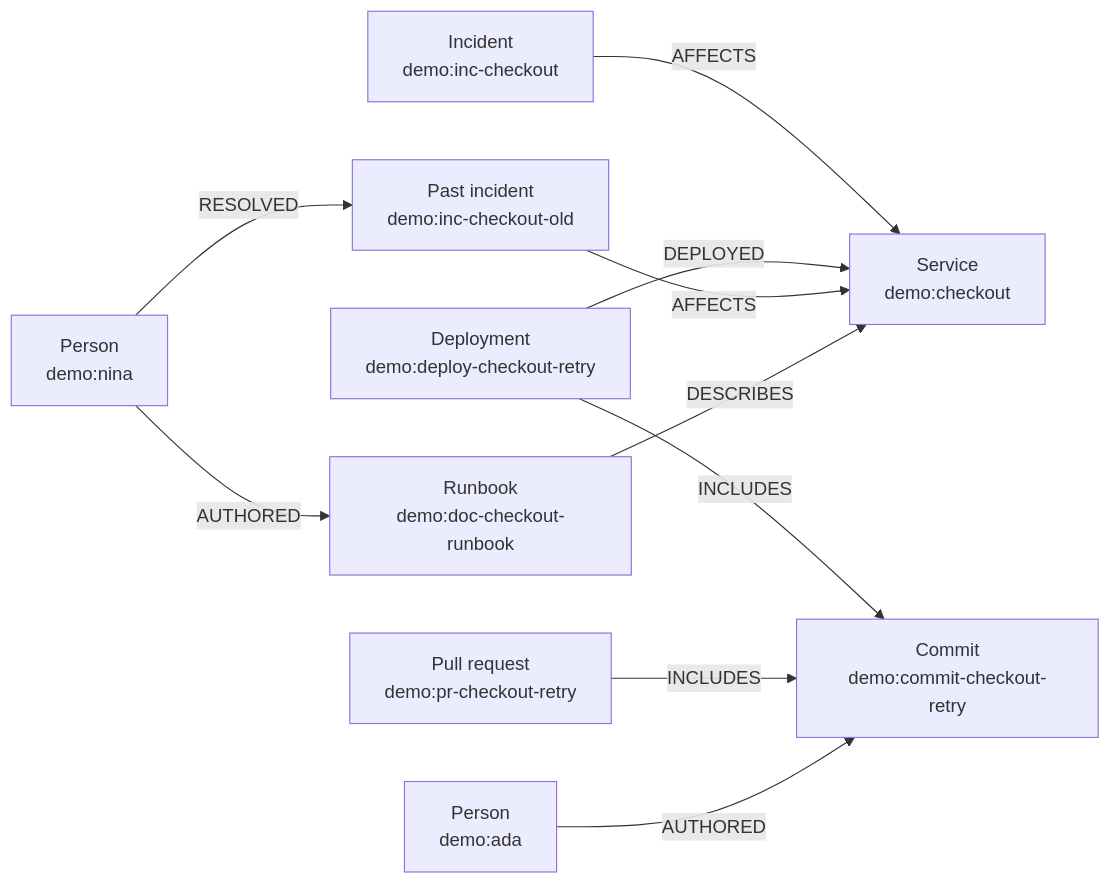
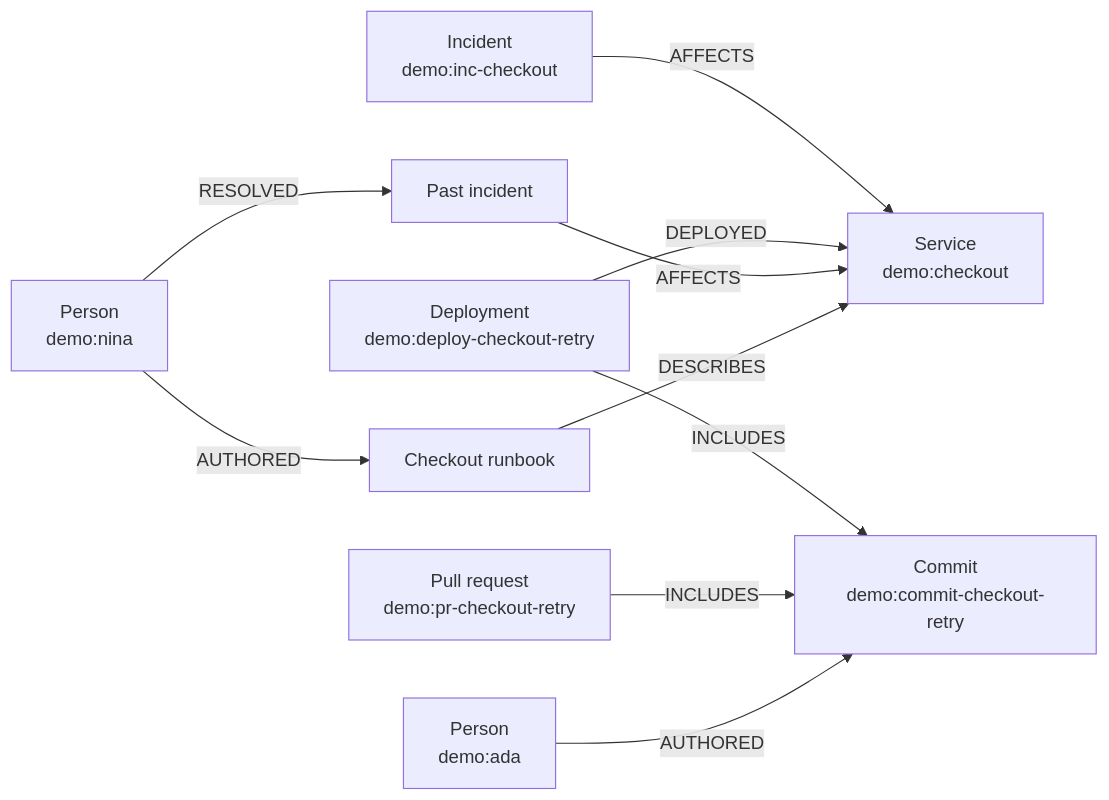
One commit to krshn0x/KnowGraph-AI-Standalone changed the third of 3 diagrams in README.md. Above: the diagram before and after it, drawn with Mermaid. The commit also changed other lines of this file and 11 other files, not shown here.

````diff
--- a/README.md
+++ b/README.md
@@ -240,12 +153,12 @@
 ```mermaid
 flowchart LR
     I[Incident<br/>demo:inc-checkout] -->|AFFECTS| S[Service<br/>demo:checkout]
     D[Deployment<br/>demo:deploy-checkout-retry] -->|DEPLOYED| S
     D -->|INCLUDES| C[Commit<br/>demo:commit-checkout-retry]
     PR[Pull request<br/>demo:pr-checkout-retry] -->|INCLUDES| C
     Ada[Person<br/>demo:ada] -->|AUTHORED| C
-    Old[Past incident<br/>demo:inc-checkout-old] -->|AFFECTS| S
+    Old[Past incident] -->|AFFECTS| S
     Nina[Person<br/>demo:nina] -->|RESOLVED| Old
-    Nina -->|AUTHORED| Doc[Runbook<br/>demo:doc-checkout-runbook]
+    Nina -->|AUTHORED| Doc[Checkout runbook]
     Doc -->|DESCRIBES| S
 ```
````
